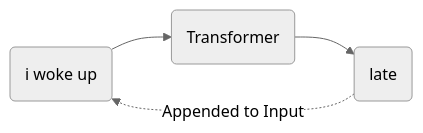
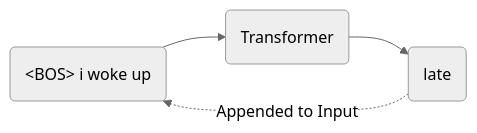
One commit to Lyd1aCla1r3/lyd1acla1r3.github.io changed the first of 2 diagrams in blog/content/series/transformers/preface.md. Above: the diagram before and after it, drawn with Mermaid (neutral theme). The commit also changed other lines of this file and 32 other files, not shown here.

````diff
--- a/blog/content/series/transformers/preface.md
+++ b/blog/content/series/transformers/preface.md
@@ -42,6 +44,6 @@
 ```mermaid
 graph LR
-    A("<BOS> i woke up") --> B("Transformer")
+    A("&lt;BOS&gt; i woke up") --> B("Transformer")
     B --> C("late")
-    C -.->|Appended to Input| A
+    C -. Appended to Input .-> A
 ```
````
